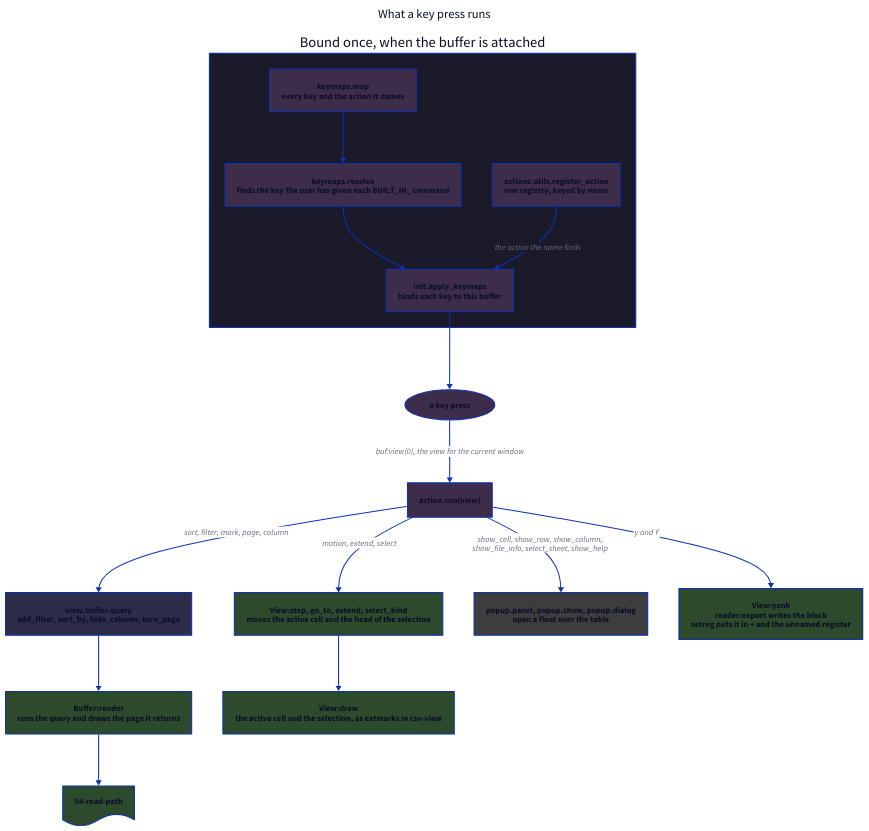
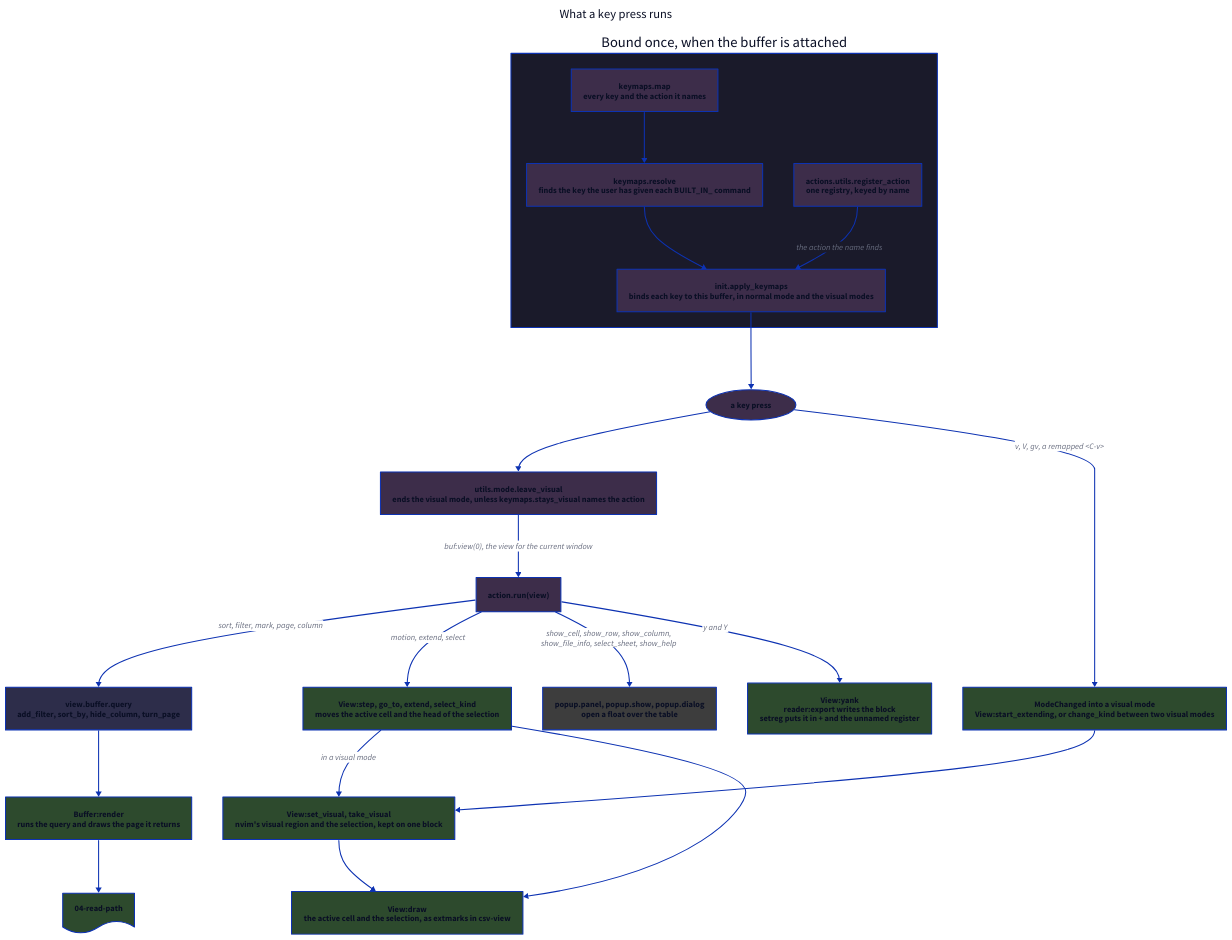
Before and after one commit to cseickel/csv-table.nvim: the diagram in docs/03-actions.d2, drawn with D2. The commit also changed 12 other files, not shown here.

First line of the commit message:
fix: exit visual mode for actions that don't shape the selection

```diff
--- a/docs/03-actions.d2
+++ b/docs/03-actions.d2
@@ -1,58 +1,67 @@
 direction: down
 
 title: What a key press runs {
   near: top-center
   shape: text
   style.font-size: 24
 }
 
 classes: {
   entry: {style.fill: "#3d2d4a"}
   data: {style.fill: "#2d2d4a"}
   draw: {style.fill: "#2d4a2d"}
   ui: {style.fill: "#3d3d3d"}
 }
 
 setup: Bound once, when the buffer is attached {
   style.fill: "#1a1a2a"
 
   map: "keymaps.map\nevery key and the action it names" {class: entry}
   resolve: "keymaps.resolve\nfinds the key the user has given each BUILT_IN_ command" {class: entry}
   registry: "actions.utils.register_action\none registry, keyed by name" {class: entry}
-  apply: "init.apply_keymaps\nbinds each key to this buffer" {class: entry}
+  apply: "init.apply_keymaps\nbinds each key to this buffer, in normal mode and the visual modes" {class: entry}
 
   map -> resolve -> apply
   registry -> apply: the action the name finds
 }
 
 press: a key press {
   shape: oval
   class: entry
 }
 
+leave: "utils.mode.leave_visual\nends the visual mode, unless keymaps.stays_visual names the action" {class: entry}
 run: "action.run(view)" {class: entry}
 
 change: "view.buffer.query\nadd_filter, sort_by, hide_column, turn_page" {class: data}
 render: "Buffer:render\nruns the query and draws the page it returns" {class: draw}
 move: "View:step, go_to, extend, select_kind\nmoves the active cell and the head of the selection" {class: draw}
+enter: "ModeChanged into a visual mode\nView:start_extending, or change_kind between two visual modes" {class: draw}
+sync: "View:set_visual, take_visual\nnvim's visual region and the selection, kept on one block" {class: draw}
 redraw: "View:draw\nthe active cell and the selection, as extmarks in csv-view" {class: draw}
 float: "popup.panel, popup.show, popup.dialog\nopen a float over the table" {class: ui}
 yank: "View:yank\nreader:export writes the block\nsetreg puts it in + and the unnamed register" {class: draw}
 
 next: 04-read-path {
   shape: document
   class: draw
 }
 
 setup.apply -> press
-press -> run: "buf:view(0), the view for the current window"
+press -> leave
+leave -> run: "buf:view(0), the view for the current window"
 
 run -> change: sort, filter, mark, page, column
 change -> render
 render -> next
 
 run -> move: motion, extend, select
+move -> sync: in a visual mode
 move -> redraw
+
+press -> enter: "v, V, gv, a remapped <C-v>"
+enter -> sync
+sync -> redraw
 
 run -> float: "show_cell, show_row, show_column,\nshow_file_info, select_sheet, show_help"
 run -> yank: y and Y
```
